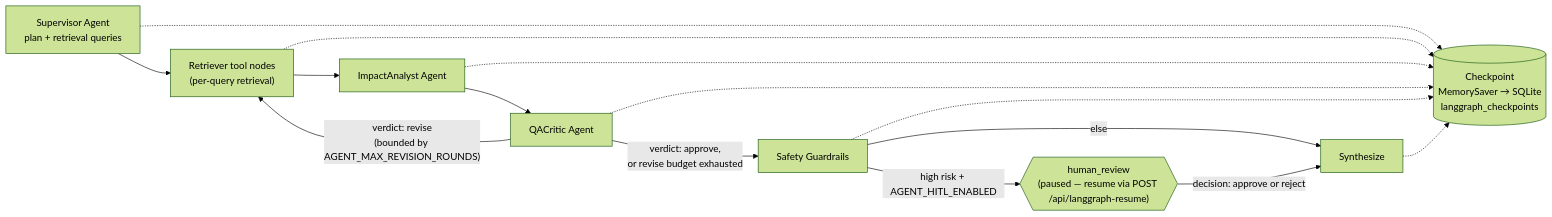
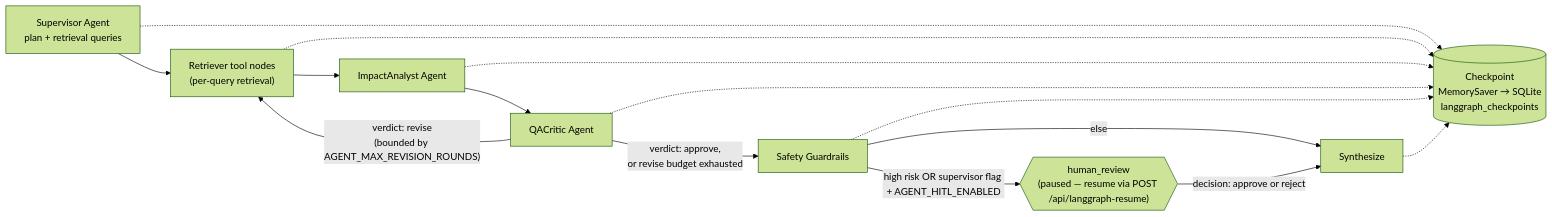
One commit to yuk1no4090/Repomentor changed the second of 2 diagrams in README.md. Above: the diagram before and after it, drawn with Mermaid (forest theme). The commit also changed other lines of this file and 7 other files, not shown here.

First line of the commit message:
feat: Supervisor 的 require_human_review 接入 HITL 门控 — 规划角色的安全信号不再是死数据

````diff
--- a/README.md
+++ b/README.md
@@ -75,19 +75,19 @@
 ```mermaid
 flowchart LR
     Supervisor["Supervisor Agent<br/>plan + retrieval queries"] --> Retrieve["Retriever tool nodes<br/>(per-query retrieval)"]
     Retrieve --> Impact["ImpactAnalyst Agent"]
     Impact --> Critic["QACritic Agent"]
     Critic -->|"verdict: revise<br/>(bounded by AGENT_MAX_REVISION_ROUNDS)"| Retrieve
     Critic -->|"verdict: approve,<br/>or revise budget exhausted"| Guardrails["Safety Guardrails"]
-    Guardrails -->|"high risk + AGENT_HITL_ENABLED"| HITL{{"human_review<br/>(paused — resume via POST /api/langgraph-resume)"}}
+    Guardrails -->|"high risk OR supervisor flag + AGENT_HITL_ENABLED"| HITL{{"human_review<br/>(paused — resume via POST /api/langgraph-resume)"}}
     Guardrails -->|"else"| Synthesize["Synthesize"]
     HITL -->|"decision: approve or reject"| Synthesize
 
     CP[("Checkpoint<br/>MemorySaver → SQLite<br/>langgraph_checkpoints")]
     Supervisor -.-> CP
     Retrieve -.-> CP
     Impact -.-> CP
     Critic -.-> CP
     Guardrails -.-> CP
     Synthesize -.-> CP
 ```
````
